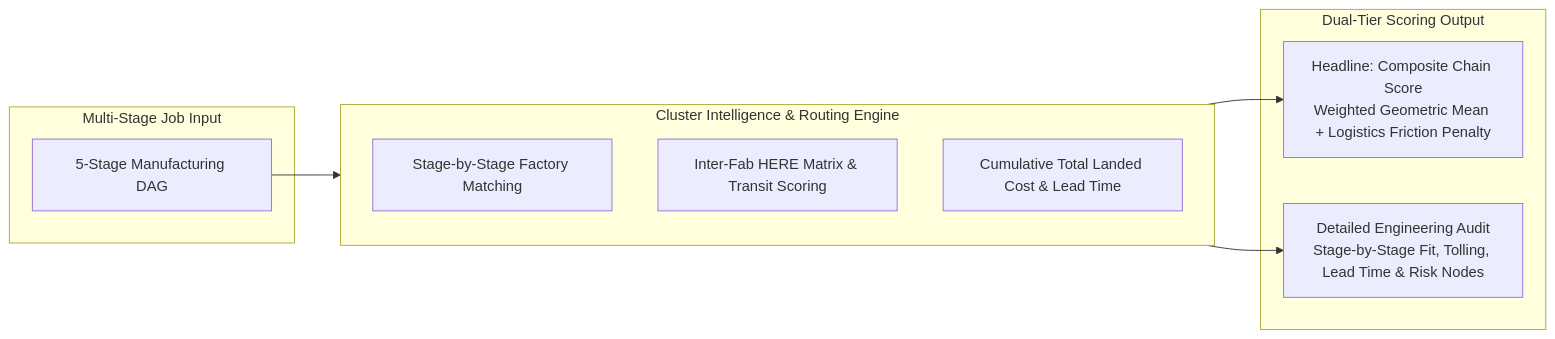
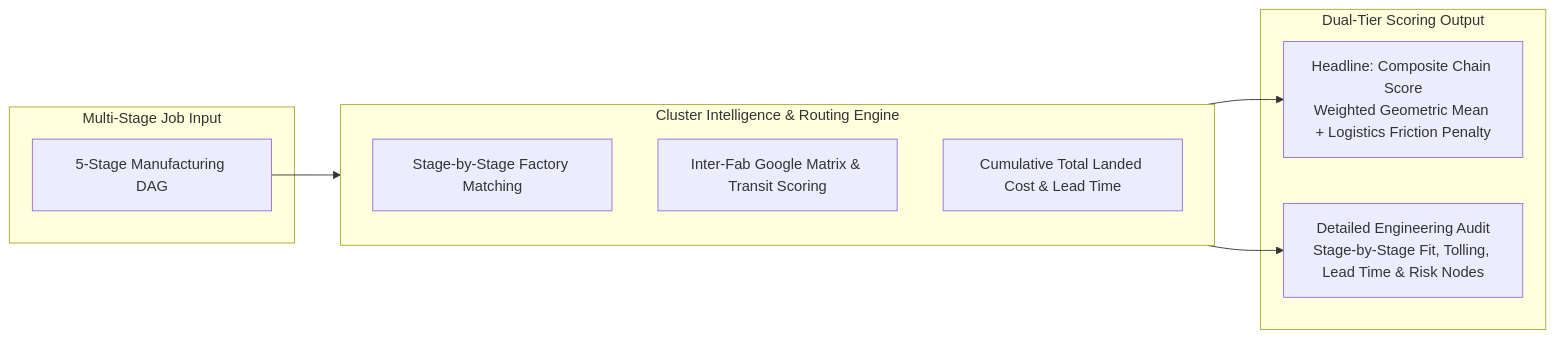
One commit to npc-chris/dfn-discovery changed the third of 3 diagrams in docs/DFN_MULTI_STAGE_PROCESS_ROUTING.md. Above: the diagram before and after it, drawn with Mermaid. The commit also changed other lines of this file and 6 other files, not shown here.

````diff
--- a/docs/DFN_MULTI_STAGE_PROCESS_ROUTING.md
+++ b/docs/DFN_MULTI_STAGE_PROCESS_ROUTING.md
@@ -114,21 +114,21 @@
 ```mermaid
 flowchart LR
     subgraph Inputs["Multi-Stage Job Input"]
         DAG["5-Stage Manufacturing DAG"]
     end
 
     subgraph ClusterEngine["Cluster Intelligence & Routing Engine"]
         MatchNodes["Stage-by-Stage Factory Matching"]
-        LogisticsMatrix["Inter-Fab HERE Matrix & Transit Scoring"]
+        LogisticsMatrix["Inter-Fab Google Matrix & Transit Scoring"]
         CostRollup["Cumulative Total Landed Cost & Lead Time"]
     end
 
     subgraph Outputs["Dual-Tier Scoring Output"]
         HeadlineScore["Headline: Composite Chain Score<br/>Weighted Geometric Mean + Logistics Friction Penalty"]
         GranularBreakdown["Detailed Engineering Audit<br/>Stage-by-Stage Fit, Tolling, Lead Time & Risk Nodes"]
     end
 
     DAG --> ClusterEngine
     ClusterEngine --> HeadlineScore
     ClusterEngine --> GranularBreakdown
 ```
````
